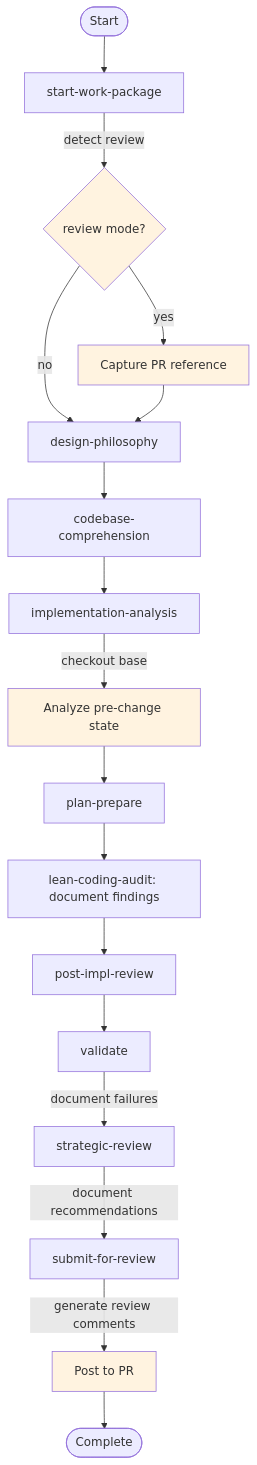
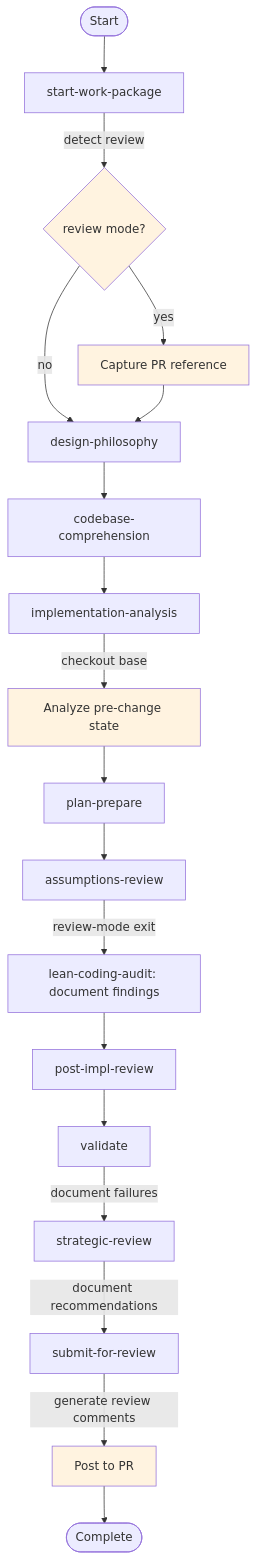
Before and after one commit to m2ux/workflow-server: the diagram in work-package/REVIEW-MODE.md, drawn with Mermaid. The commit also changed other lines of this file and 4 other files, not shown here.

First line of the commit message:
Give review mode one documentation home

````diff
--- a/work-package/REVIEW-MODE.md
+++ b/work-package/REVIEW-MODE.md
@@ -79,29 +79,30 @@
 ```mermaid
 graph TD
     Start([Start]) --> IM[start-work-package]
     IM -->|detect review| DETECT{review mode?}
 
     DETECT -->|yes| CAPTURE[Capture PR reference]
     DETECT -->|no| DP
 
     CAPTURE --> DP[design-philosophy]
     DP --> CC[codebase-comprehension]
     CC --> IA[implementation-analysis]
     IA -->|checkout base| BASELINE[Analyze pre-change state]
     BASELINE --> PP[plan-prepare]
 
-    PP --> LCA[lean-coding-audit: document findings]
+    PP --> AR[assumptions-review]
+    AR -->|review-mode exit| LCA[lean-coding-audit: document findings]
     LCA --> PIR[post-impl-review]
 
     PIR --> VAL[validate]
     VAL -->|document failures| SR[strategic-review]
 
     SR -->|document recommendations| UPR[submit-for-review]
     UPR -->|generate review comments| POST[Post to PR]
     POST --> Done([Complete])
 
     style DETECT fill:#fff3e0
     style CAPTURE fill:#fff3e0
     style BASELINE fill:#fff3e0
     style POST fill:#fff3e0
 ```
````
